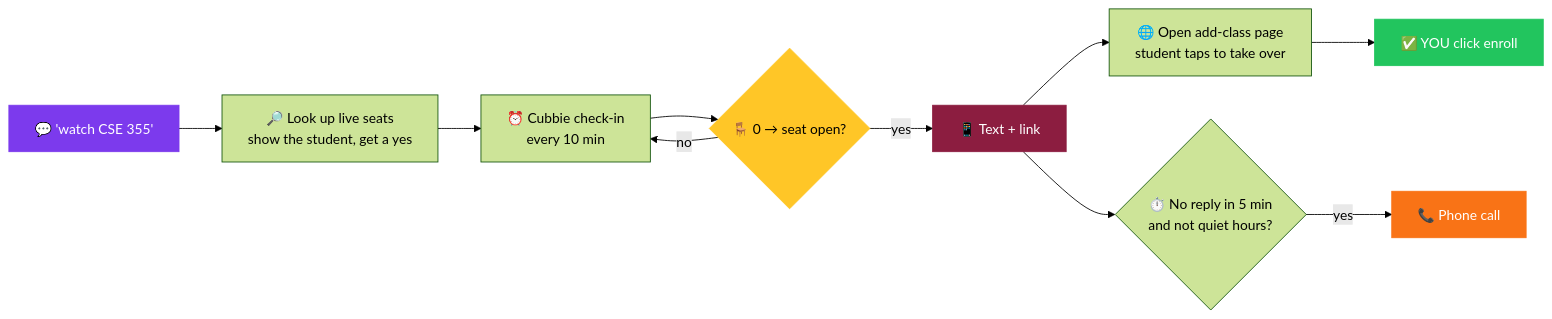
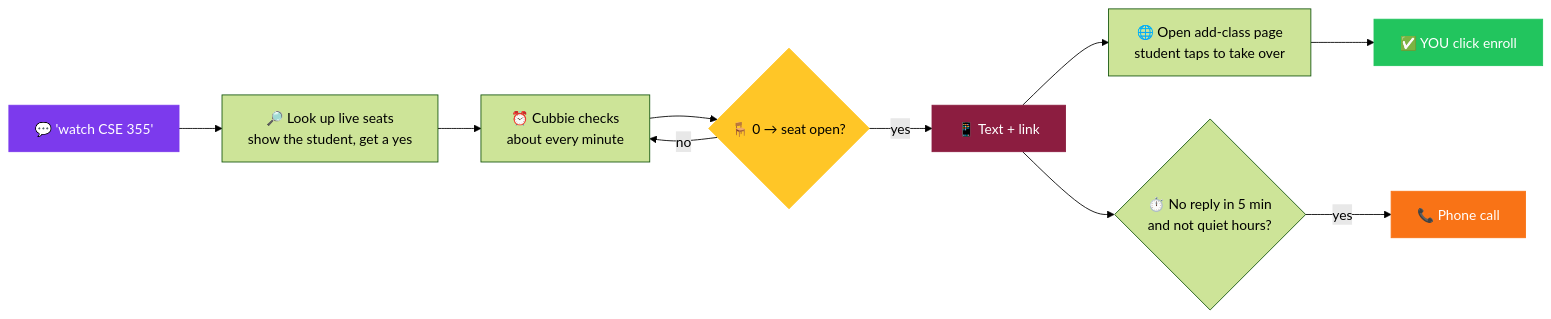
The diagram in README.md (Harshith241/Seat-Sniper), drawn with Mermaid (forest theme) before and after one commit. The commit also changed other lines of this file and 3 other files, not shown here.

First line of the commit message:
Check about every minute instead of every 15

````diff
--- a/README.md
+++ b/README.md
@@ -48,18 +48,18 @@
 ```mermaid
 flowchart LR
     A["💬 'watch CSE 355'"] --> B["🔎 Look up live seats<br/>show the student, get a yes"]
-    B --> C["⏰ Cubbie check-in<br/>every 10 min"]
+    B --> C["⏰ Cubbie checks<br/>about every minute"]
     C --> D{"🪑 0 → seat open?"}
     D -- no --> C
     D -- yes --> E["📱 Text + link"]
     E --> F["🌐 Open add-class page<br/>student taps to take over"]
     E --> G{"⏱️ No reply in 5 min<br/>and not quiet hours?"}
     G -- yes --> H["📞 Phone call"]
     F --> I["✅ YOU click enroll"]
 
     style A fill:#7C3AED,color:#fff,stroke:#7C3AED
     style E fill:#8C1D40,color:#fff,stroke:#8C1D40
     style H fill:#F97316,color:#fff,stroke:#F97316
     style I fill:#22C55E,color:#fff,stroke:#22C55E
     style D fill:#FFC627,color:#000,stroke:#FFC627
 ```
````
